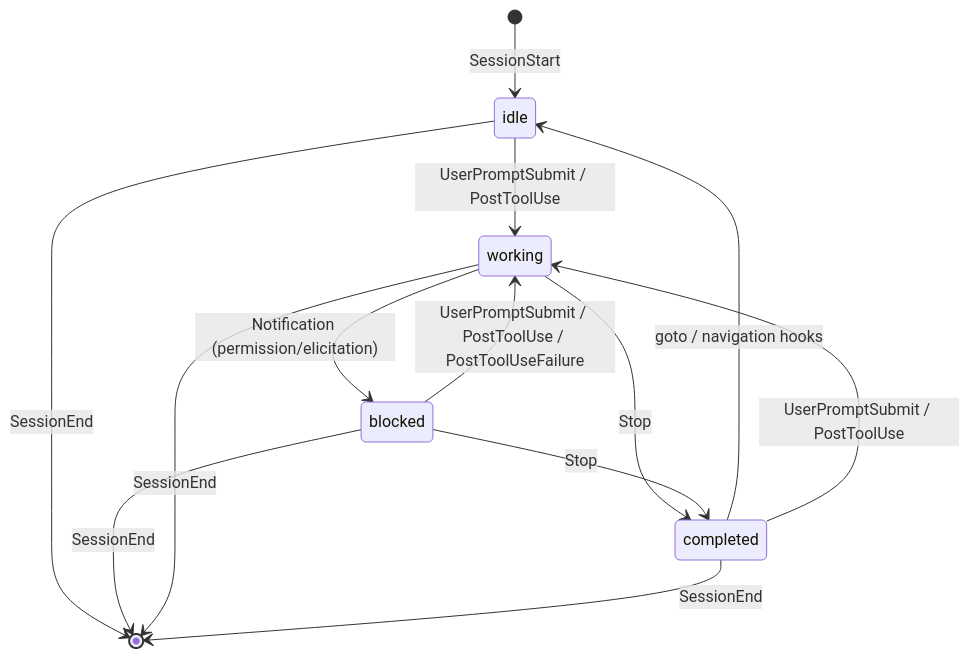
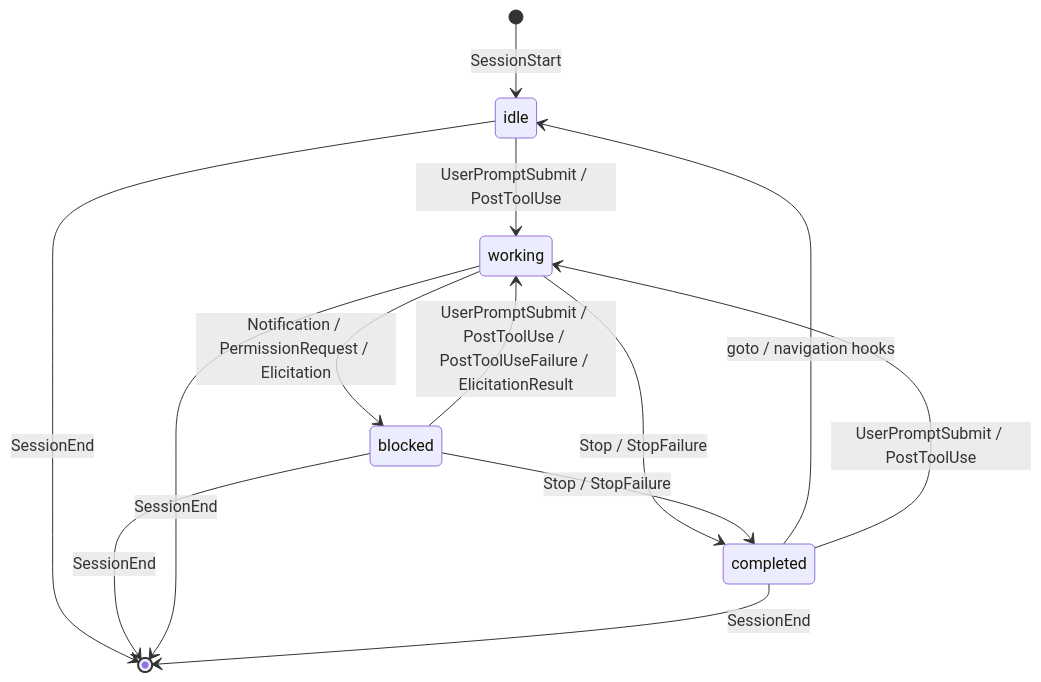
One commit to KakkoiDev/tmux-agent-tracker changed the second of 2 diagrams in ARCHITECTURE.md. Above: the diagram before and after it, drawn with Mermaid. The commit also changed other lines of this file and 5 other files, not shown here.

First line of the commit message:
feat: handle StopFailure, Elicitation, ElicitationResult hooks

````diff
--- a/ARCHITECTURE.md
+++ b/ARCHITECTURE.md
@@ -41,19 +41,19 @@
 ```mermaid
 stateDiagram-v2
     [*] --> idle : SessionStart
 
     idle --> working : UserPromptSubmit / PostToolUse
-    working --> completed : Stop
-    working --> blocked : Notification (permission/elicitation)
+    working --> completed : Stop / StopFailure
+    working --> blocked : Notification / PermissionRequest / Elicitation
 
-    blocked --> working : UserPromptSubmit / PostToolUse / PostToolUseFailure
-    blocked --> completed : Stop
+    blocked --> working : UserPromptSubmit / PostToolUse / PostToolUseFailure / ElicitationResult
+    blocked --> completed : Stop / StopFailure
 
     completed --> idle : goto / navigation hooks
     completed --> working : UserPromptSubmit / PostToolUse
 
     idle --> [*] : SessionEnd
     blocked --> [*] : SessionEnd
     working --> [*] : SessionEnd
     completed --> [*] : SessionEnd
 ```
````
